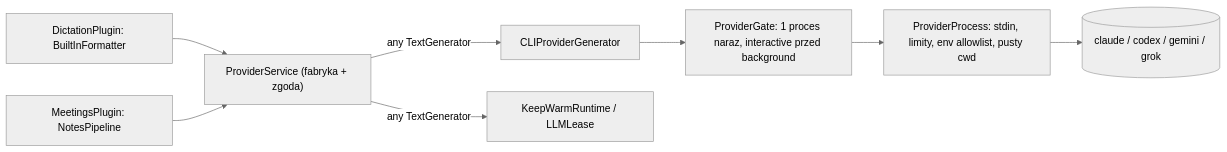
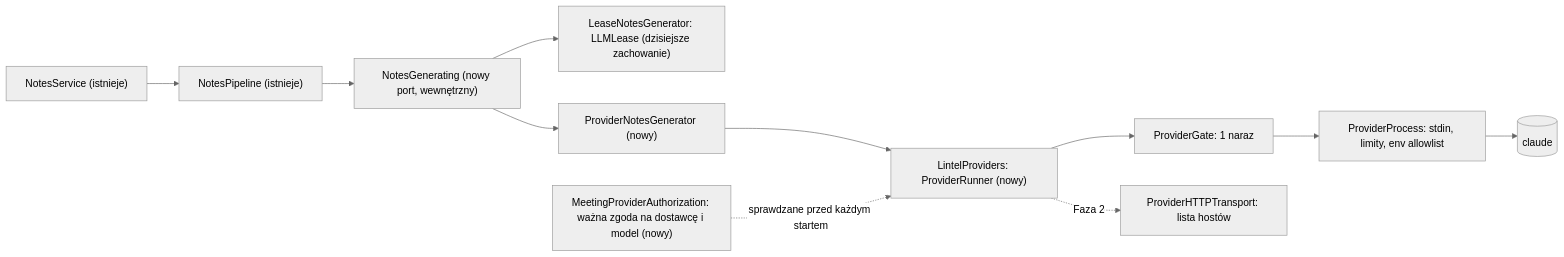
Before and after one commit to mjozefiak/Pounce: the diagram in .ai/specs/2026-11-10-external-ai-providers.md, drawn with Mermaid (neutral theme). The commit also changed other lines of this file, not shown here.

First line of the commit message:
docs(specs): refresh external AI providers spec for meeting notes (MEET-X.1)

````diff
--- a/.ai/specs/2026-11-10-external-ai-providers.md
+++ b/.ai/specs/2026-11-10-external-ai-providers.md
@@ -50,10 +86,12 @@
 ```mermaid
 flowchart LR
-  Dict[DictationPlugin: BuiltInFormatter] --> F
-  Notes[MeetingsPlugin: NotesPipeline] --> F
-  F["ProviderService (fabryka + zgoda)"] -->|any TextGenerator| CLI[CLIProviderGenerator]
-  F -->|any TextGenerator| Llama[KeepWarmRuntime / LLMLease]
-  CLI --> Gate[ProviderGate: 1 proces naraz, interactive przed background]
-  Gate --> Proc[ProviderProcess: stdin, limity, env allowlist, pusty cwd]
-  Proc --> Bin[(claude / codex / gemini / grok)]
+  NS["NotesService (istnieje)"] --> NP["NotesPipeline (istnieje)"]
+  NP --> Port["NotesGenerating (nowy port, wewnętrzny)"]
+  Port --> Lease["LeaseNotesGenerator: LLMLease (dzisiejsze zachowanie)"]
+  Port --> PG["ProviderNotesGenerator (nowy)"]
+  PG --> Run["LintelProviders: ProviderRunner (nowy)"]
+  Auth["MeetingProviderAuthorization: ważna zgoda na dostawcę i model (nowy)"] -.sprawdzane przed każdym startem.-> Run
+  Run --> Gate["ProviderGate: 1 naraz"] --> Proc["ProviderProcess: stdin, limity, env allowlist"]
+  Proc --> CLI[(claude)]
+  Run -. Faza 2 .-> HTTP["ProviderHTTPTransport: lista hostów"]
 ```
````
